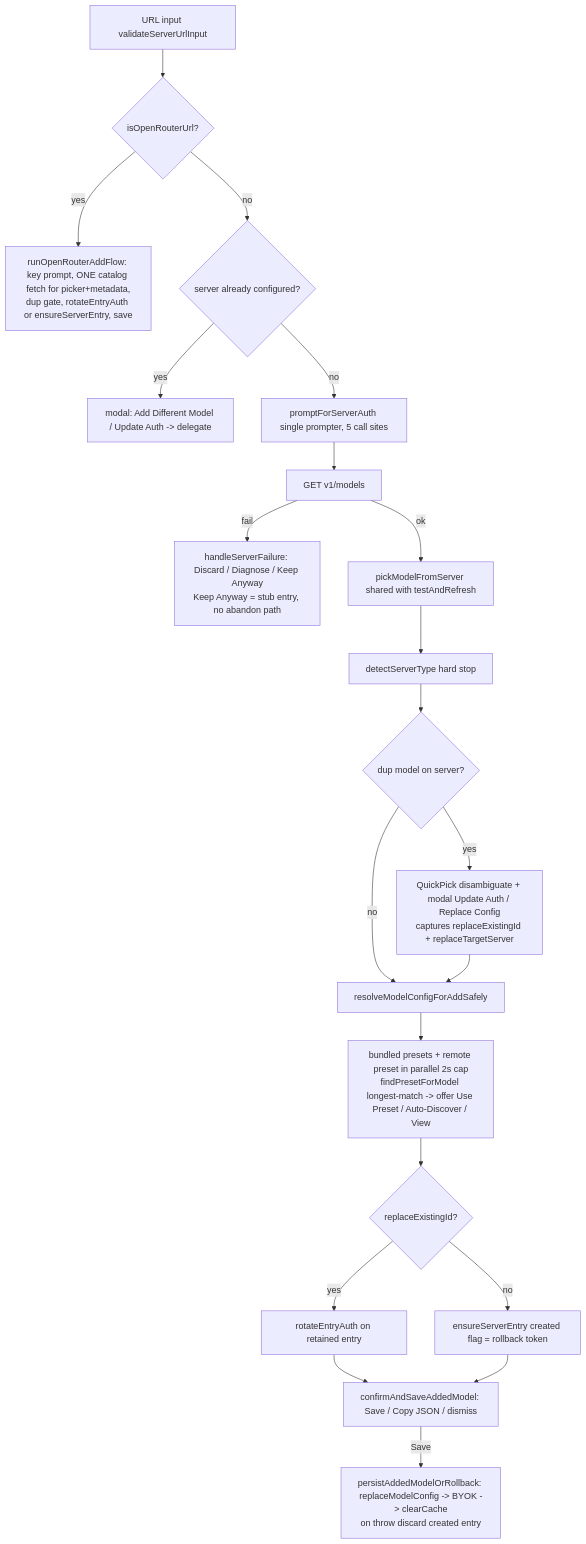
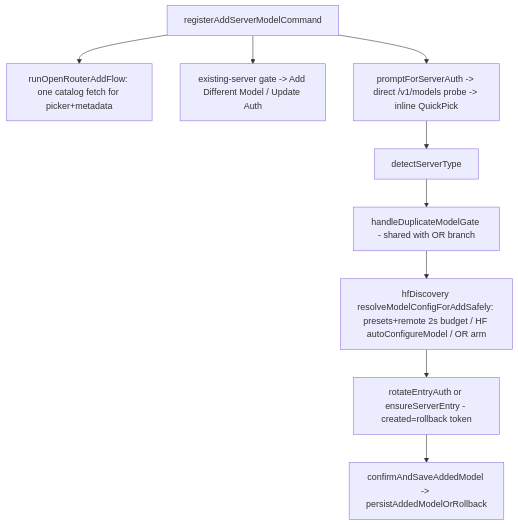
The eighth of 18 diagrams in docs/complexity-audit.md (fuzzifikation/vLLM-Copilot), drawn with Mermaid before and after one commit. The commit also changed other lines of this file and 113 other files, not shown here.

````diff
--- a/docs/complexity-audit.md
+++ b/docs/complexity-audit.md
@@ -602,23 +348,11 @@
 ```mermaid
 flowchart TD
-    A[URL input validateServerUrlInput] --> B{isOpenRouterUrl?}
-    B -->|yes| OR[runOpenRouterAddFlow: key prompt, ONE catalog fetch for picker+metadata,<br/>dup gate, rotateEntryAuth or ensureServerEntry, save]
-    B -->|no| C{server already configured?}
-    C -->|yes| C1[modal: Add Different Model / Update Auth -> delegate]
-    C -->|no| D[promptForServerAuth single prompter, 5 call sites]
-    D --> E[GET v1/models]
-    E -->|fail| F[handleServerFailure: Discard / Diagnose / Keep Anyway<br/>Keep Anyway = stub entry, no abandon path]
-    E -->|ok| H[pickModelFromServer shared with testAndRefresh]
-    H --> I[detectServerType hard stop]
-    I --> J{dup model on server?}
-    J -->|yes| J1[QuickPick disambiguate + modal Update Auth / Replace Config<br/>captures replaceExistingId + replaceTargetServer]
-    J -->|no| K[resolveModelConfigForAddSafely]
-    J1 --> K
-    K --> K1[bundled presets + remote preset in parallel 2s cap<br/>findPresetForModel longest-match -> offer Use Preset / Auto-Discover / View]
-    K1 --> L{replaceExistingId?}
-    L -->|yes| M[rotateEntryAuth on retained entry]
-    L -->|no| N[ensureServerEntry created flag = rollback token]
-    M --> O[confirmAndSaveAddedModel: Save / Copy JSON / dismiss]
-    N --> O
-    O -->|Save| P[persistAddedModelOrRollback: replaceModelConfig -> BYOK -> clearCache<br/>on throw discard created entry]
+    A[registerAddServerModelCommand] --> OR[runOpenRouterAddFlow: one catalog fetch for picker+metadata]
+    A --> G[existing-server gate -> Add Different Model / Update Auth]
+    A --> P[promptForServerAuth -> direct /v1/models probe -> inline QuickPick]
+    P --> D[detectServerType]
+    D --> H[handleDuplicateModelGate - shared with OR branch]
+    H --> R[hfDiscovery resolveModelConfigForAddSafely: presets+remote 2s budget / HF autoConfigureModel / OR arm]
+    R --> E[rotateEntryAuth or ensureServerEntry - created=rollback token]
+    E --> C[confirmAndSaveAddedModel -> persistAddedModelOrRollback]
 ```
````
